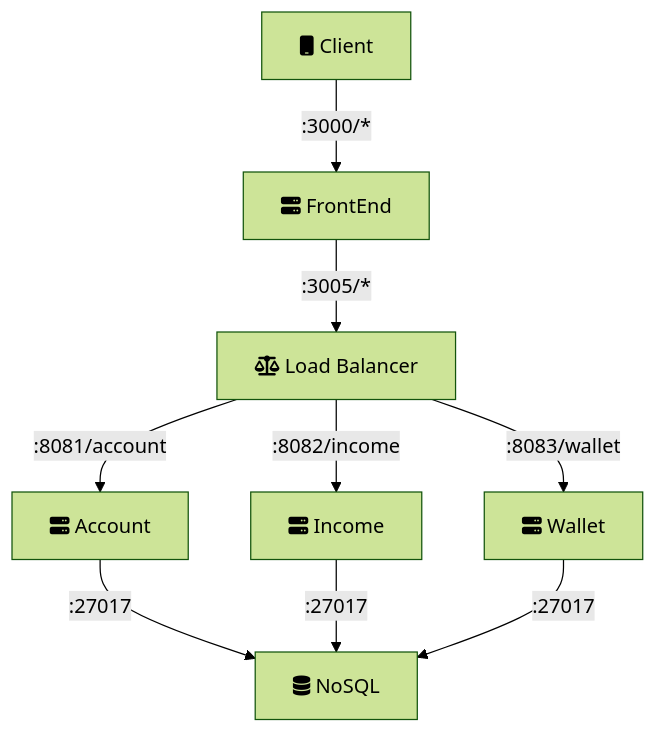
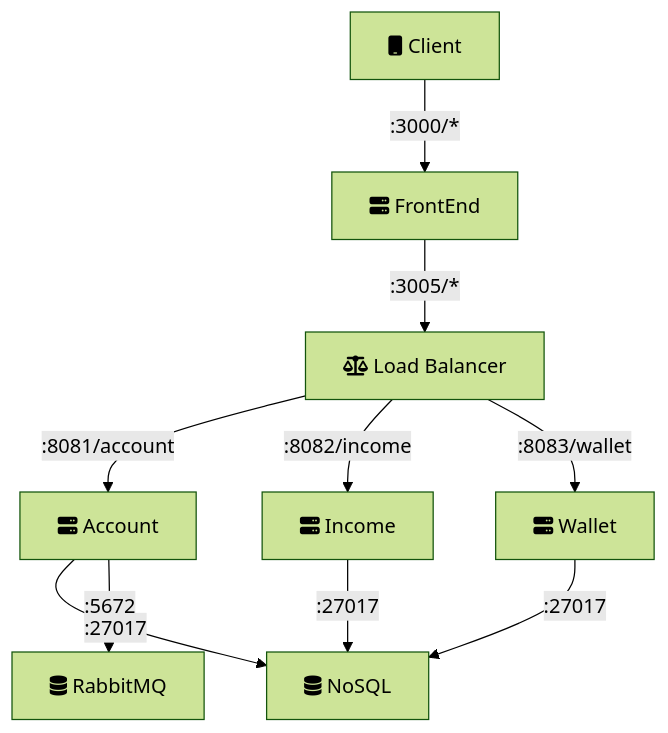
Before and after one commit to humbertodias/bank-elastic-stack: the diagram in README.md, drawn with Mermaid (forest theme). The commit also changed other lines of this file and 7 other files, not shown here.

````diff
--- a/README.md
+++ b/README.md
@@ -28,11 +26,12 @@
 ```mermaid
 graph TD
     A[fa:fa-mobile Client] -->|:3000/*| B[fa:fa-server FrontEnd]
     B -->|:3005/*| C[fa:fa-balance-scale Load Balancer]
     C -->|:8081/account| D[fa:fa-server Account]
     C -->|:8082/income| E[fa:fa-server Income]
     C -->|:8083/wallet| F[fa:fa-server Wallet]
     D -->|:27017| G[fa:fa-database NoSQL]
     E -->|:27017| G
     F -->|:27017| G
+    D -->|:5672 | H[fa:fa-database RabbitMQ]
 ```
````
